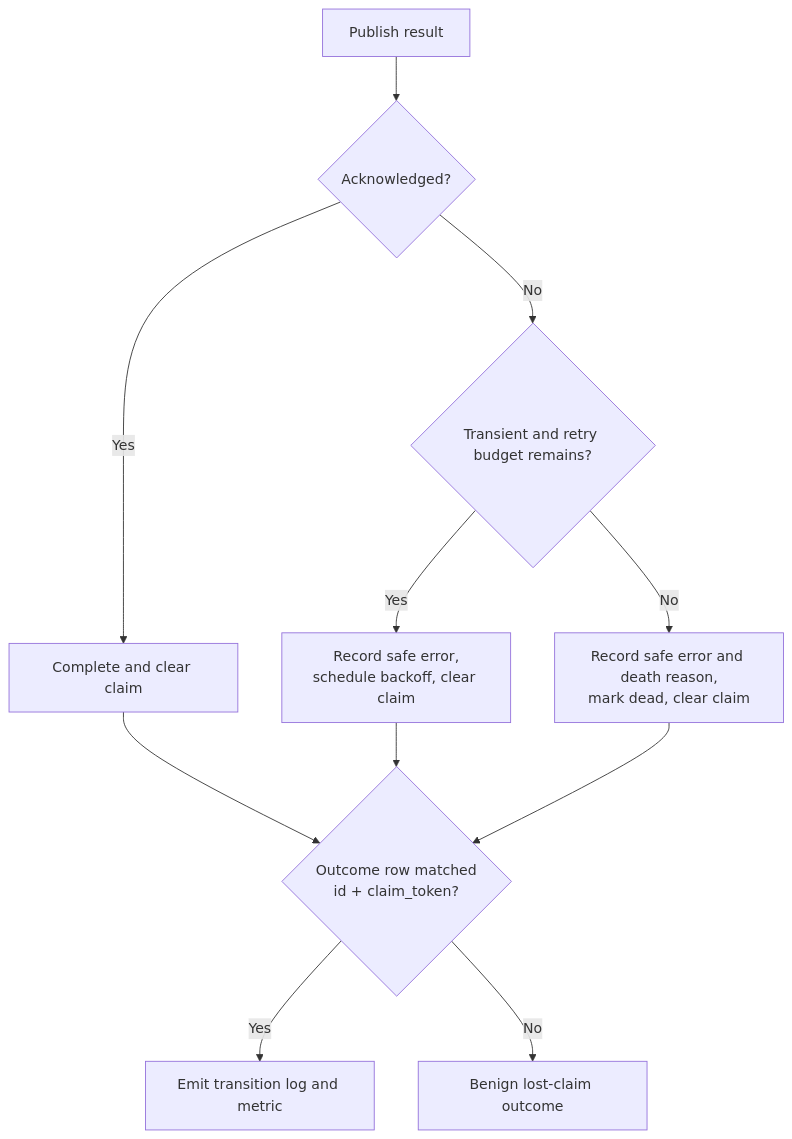
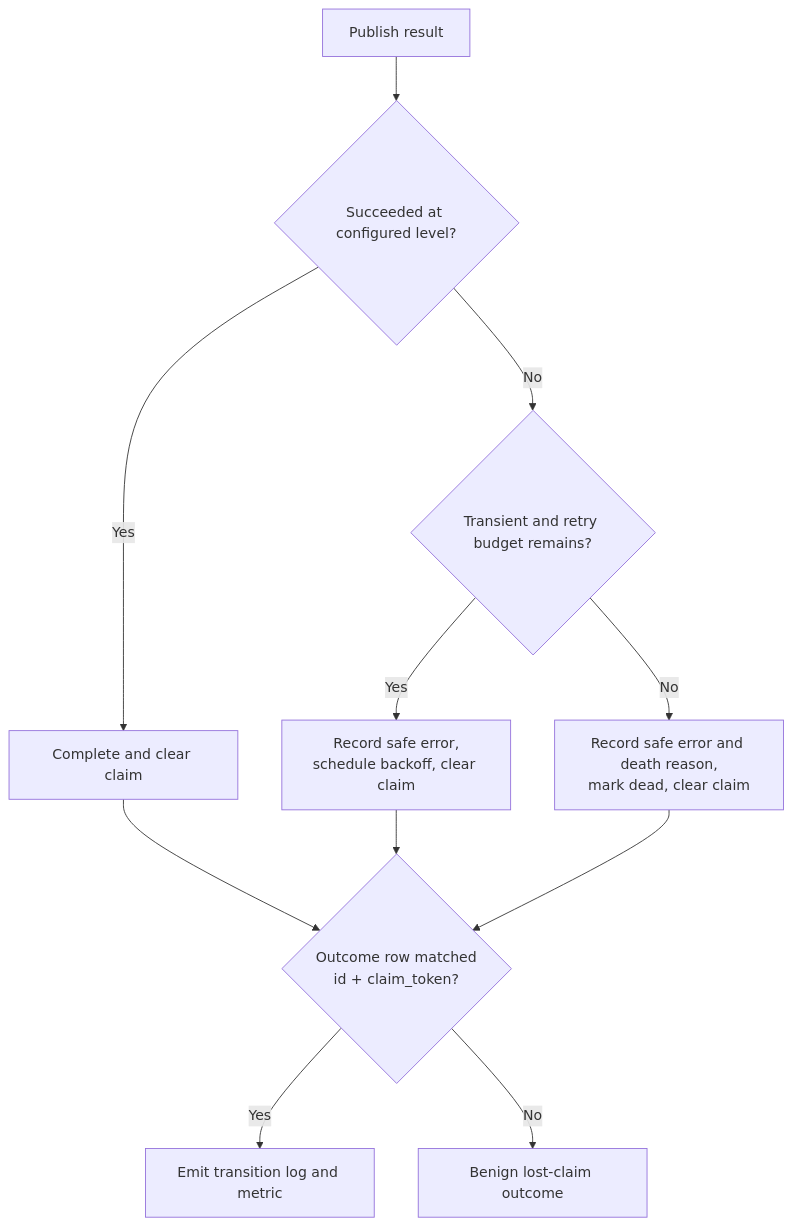
One commit to sisaio/sisa-messaging-rs changed the fourth of 13 diagrams in docs/runtime-flows.md. Above: the diagram before and after it, drawn with Mermaid. The commit also changed other lines of this file and 3 other files, not shown here.

````diff
--- a/docs/runtime-flows.md
+++ b/docs/runtime-flows.md
@@ -110,13 +115,13 @@
 ```mermaid
 flowchart TD
-    Result[Publish result] --> Ack{Acknowledged?}
-    Ack -- Yes --> Complete[Complete and clear claim]
-    Ack -- No --> Retryable{Transient and retry budget remains?}
+    Result[Publish result] --> Success{Succeeded at configured level?}
+    Success -- Yes --> Complete[Complete and clear claim]
+    Success -- No --> Retryable{Transient and retry budget remains?}
     Retryable -- Yes --> Retry[Record safe error,<br/>schedule backoff, clear claim]
     Retryable -- No --> Dead[Record safe error and death reason,<br/>mark dead, clear claim]
     Complete --> Fence{Outcome row matched<br/>id + claim_token?}
     Retry --> Fence
     Dead --> Fence
     Fence -- Yes --> Observe[Emit transition log and metric]
     Fence -- No --> Lost[Benign lost-claim outcome]
 ```
````
